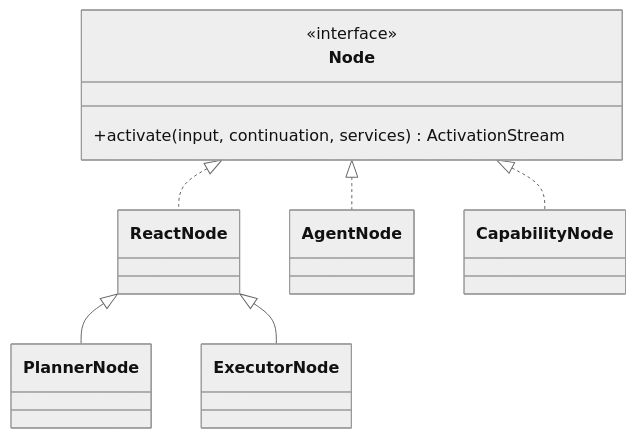
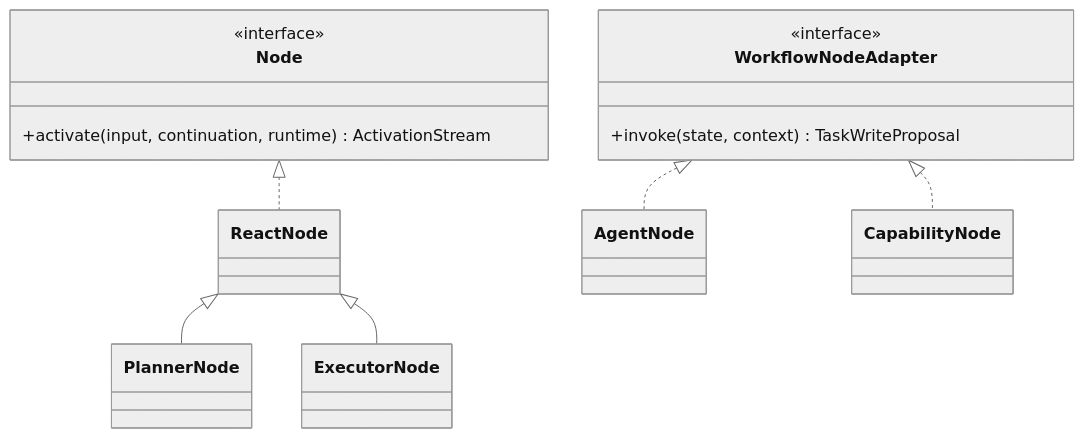
The second of 3 diagrams in docs/sdk/definitions.md (dujian0068/agent-loom), drawn with Mermaid (neutral theme) before and after one commit. The commit also changed other lines of this file and 22 other files, not shown here.

````diff
--- a/docs/sdk/definitions.md
+++ b/docs/sdk/definitions.md
@@ -77,17 +78,21 @@
 ```mermaid
 classDiagram
     class Node {
       <<interface>>
-      +activate(input, continuation, services) ActivationStream
+      +activate(input, continuation, runtime) ActivationStream
     }
     class ReactNode
     class PlannerNode
     class ExecutorNode
+    class WorkflowNodeAdapter {
+      <<interface>>
+      +invoke(state, context) TaskWriteProposal
+    }
     class AgentNode
     class CapabilityNode
     Node <|.. ReactNode
     ReactNode <|-- PlannerNode
     ReactNode <|-- ExecutorNode
-    Node <|.. AgentNode
-    Node <|.. CapabilityNode
+    WorkflowNodeAdapter <|.. AgentNode
+    WorkflowNodeAdapter <|.. CapabilityNode
 ```
````
